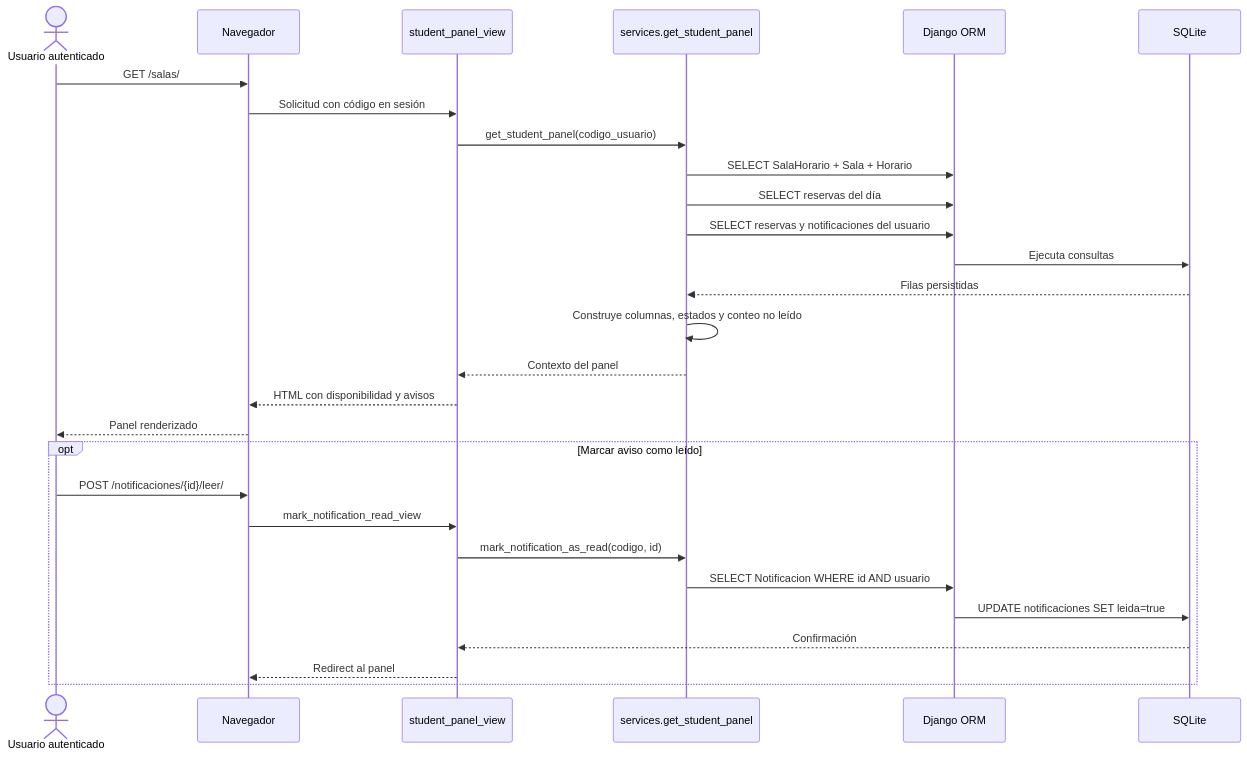
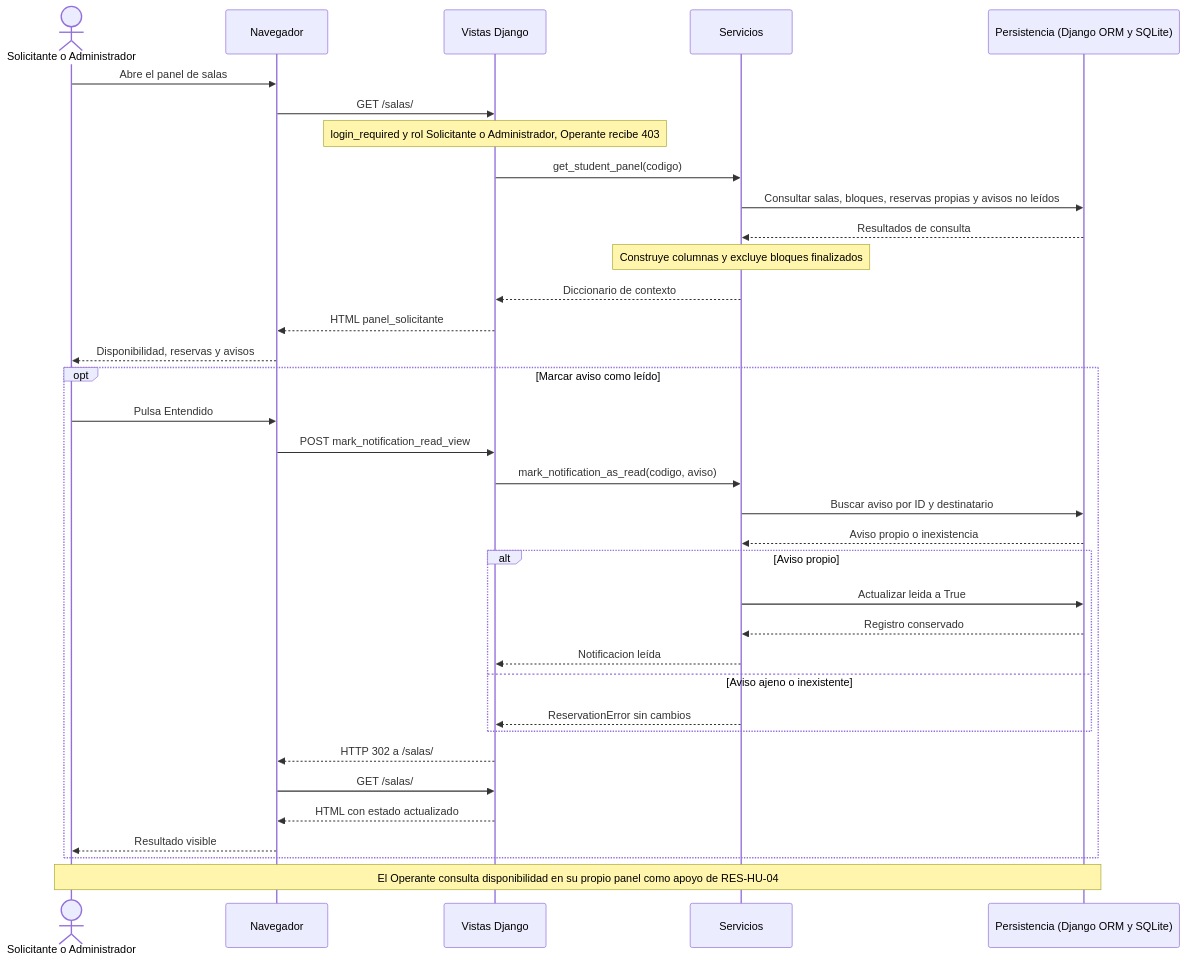
The eighth of 14 diagrams in docs/sesion-07-modelos.md (Sebas0032/SalaMandra), drawn with Mermaid before and after one commit. The commit also changed other lines of this file and 11 other files, not shown here.

Commit message:
Update architecture and test traceability documentation, reorganize use cases, fix diagrams, expand interaction flows, restore weekday-only reservations, consolidate redundant tests, and remove obsolete diagram images

````diff
--- a/docs/sesion-07-modelos.md
+++ b/docs/sesion-07-modelos.md
@@ -482,31 +540,37 @@
 ```mermaid
 sequenceDiagram
-    actor U as Usuario autenticado
+    actor U as Solicitante o Administrador
     participant B as Navegador
-    participant V as student_panel_view
-    participant SV as services.get_student_panel
-    participant ORM as Django ORM
-    participant DB as SQLite
-
-    U->>B: GET /salas/
-    B->>V: Solicitud con código en sesión
-    V->>SV: get_student_panel(codigo_usuario)
-    SV->>ORM: SELECT SalaHorario + Sala + Horario
-    SV->>ORM: SELECT reservas del día
-    SV->>ORM: SELECT reservas y notificaciones del usuario
-    ORM->>DB: Ejecuta consultas
-    DB-->>SV: Filas persistidas
-    SV->>SV: Construye columnas, estados y conteo no leído
-    SV-->>V: Contexto del panel
-    V-->>B: HTML con disponibilidad y avisos
-    B-->>U: Panel renderizado
+    participant V as Vistas Django
+    participant S as Servicios
+    participant D as Persistencia (Django ORM y SQLite)
+    U->>B: Abre el panel de salas
+    B->>V: GET /salas/
+    Note over V: login_required y rol Solicitante o Administrador, Operante recibe 403
+    V->>S: get_student_panel(codigo)
+    S->>D: Consultar salas, bloques, reservas propias y avisos no leídos
+    D-->>S: Resultados de consulta
+    Note over S: Construye columnas y excluye bloques finalizados
+    S-->>V: Diccionario de contexto
+    V-->>B: HTML panel_solicitante
+    B-->>U: Disponibilidad, reservas y avisos
     opt Marcar aviso como leído
-        U->>B: POST /notificaciones/{id}/leer/
-        B->>V: mark_notification_read_view
-        V->>SV: mark_notification_as_read(codigo, id)
-        SV->>ORM: SELECT Notificacion WHERE id AND usuario
-        ORM->>DB: UPDATE notificaciones SET leida=true
-        DB-->>V: Confirmación
-        V-->>B: Redirect al panel
+        U->>B: Pulsa Entendido
+        B->>V: POST mark_notification_read_view
+        V->>S: mark_notification_as_read(codigo, aviso)
+        S->>D: Buscar aviso por ID y destinatario
+        D-->>S: Aviso propio o inexistencia
+        alt Aviso propio
+            S->>D: Actualizar leida a True
+            D-->>S: Registro conservado
+            S-->>V: Notificacion leída
+        else Aviso ajeno o inexistente
+            S-->>V: ReservationError sin cambios
+        end
+        V-->>B: HTTP 302 a /salas/
+        B->>V: GET /salas/
+        V-->>B: HTML con estado actualizado
+        B-->>U: Resultado visible
     end
+    Note over U,D: El Operante consulta disponibilidad en su propio panel como apoyo de RES-HU-04
 ```
````
